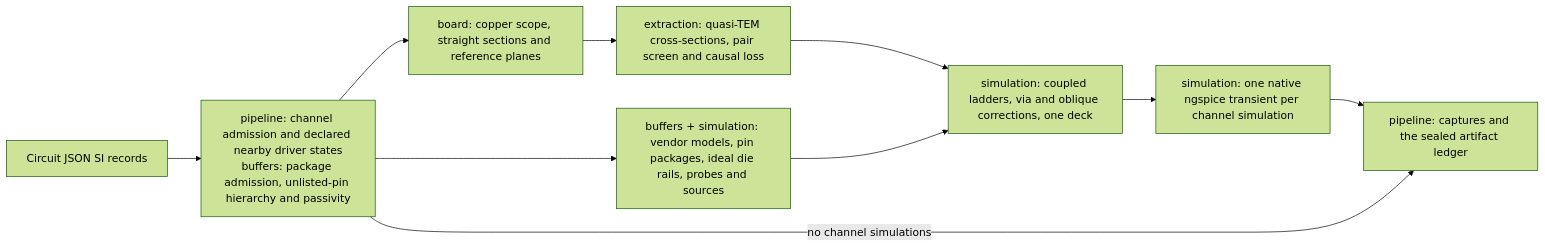
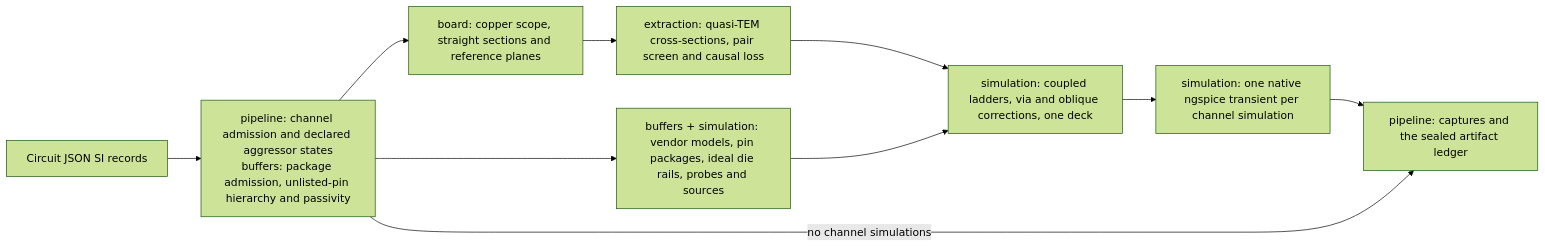
The first of 6 diagrams in docs/ARCHITECTURE.md (draarivpatel-ui/signal-integrity-pipeline), drawn with Mermaid (forest theme) before and after one commit. The commit also changed other lines of this file and 23 other files, not shown here.

Commit message:
feat: rename nearby driver controls to aggressor

````diff
--- a/docs/ARCHITECTURE.md
+++ b/docs/ARCHITECTURE.md
@@ -23,12 +23,12 @@
 ```mermaid
 flowchart LR
-  source["Circuit JSON SI records"] --> admit["pipeline: channel admission and declared nearby driver states<br/>buffers: package admission, unlisted-pin hierarchy and passivity"]
+  source["Circuit JSON SI records"] --> admit["pipeline: channel admission and declared aggressor states<br/>buffers: package admission, unlisted-pin hierarchy and passivity"]
   admit --> sections["board: copper scope, straight sections and reference planes"]
   sections --> fields["extraction: quasi-TEM cross-sections, pair screen and causal loss"]
   admit --> bindings["buffers + simulation: vendor models, pin packages, ideal die rails, probes and sources"]
   fields --> network["simulation: coupled ladders, via and oblique corrections, one deck"]
   bindings --> network
   network --> transient["simulation: one native ngspice transient per channel simulation"]
   transient --> output["pipeline: captures and the sealed artifact ledger"]
   admit -->|"no channel simulations"| output
 ```
````
